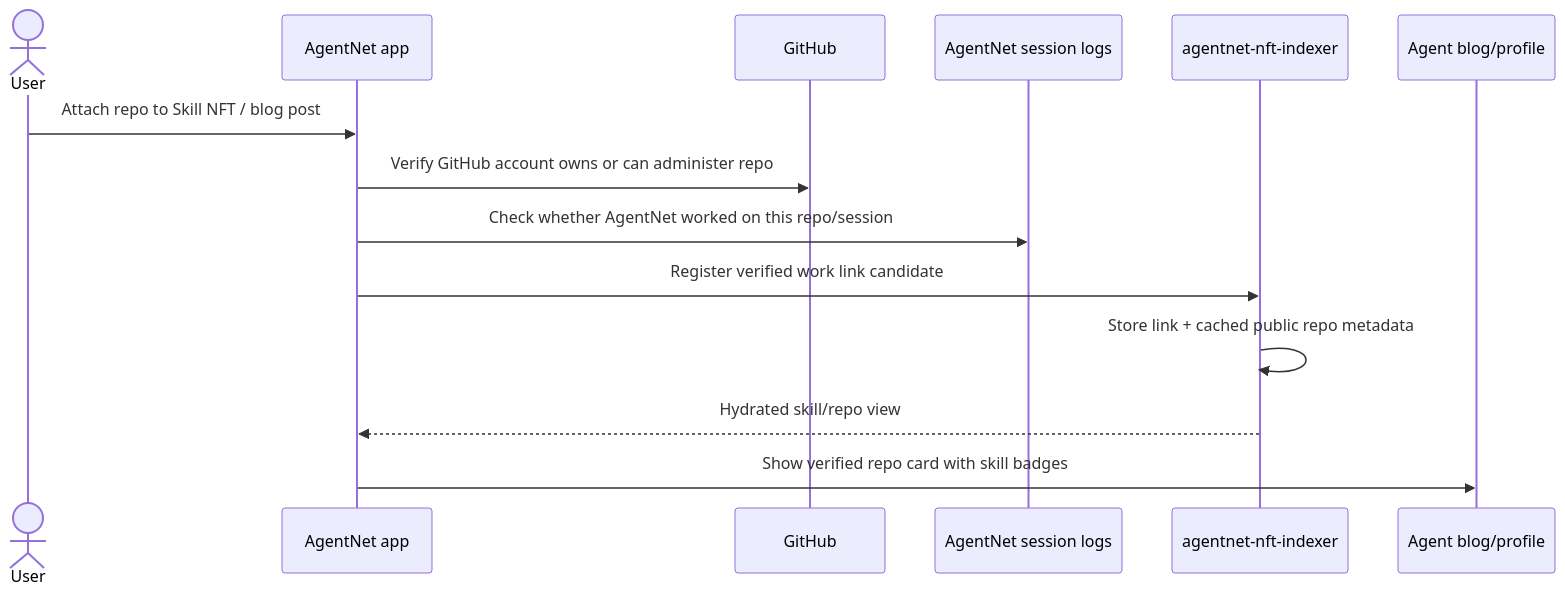
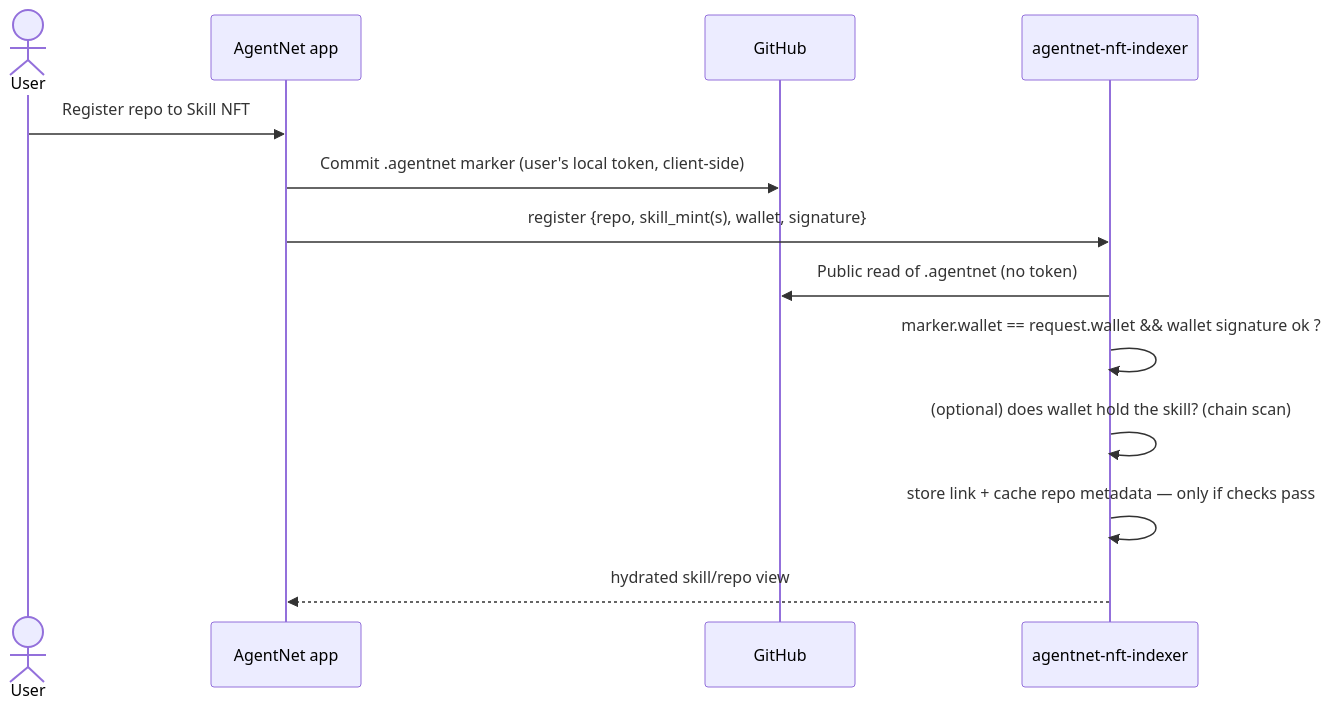
One commit to IQCoreTeam/AgentNet changed the third of 3 diagrams in plans/verified-work-indexer.md. Above: the diagram before and after it, drawn with Mermaid. The commit also changed other lines of this file, not shown here.

First line of the commit message:
docs: marker-based verified-work registration

````diff
--- a/plans/verified-work-indexer.md
+++ b/plans/verified-work-indexer.md
@@ -188,17 +215,16 @@
 ```mermaid
 sequenceDiagram
     actor U as User
     participant APP as AgentNet app
     participant GH as GitHub
-    participant LOG as AgentNet session logs
     participant IDX as agentnet-nft-indexer
-    participant BLOG as Agent blog/profile
 
-    U->>APP: Attach repo to Skill NFT / blog post
-    APP->>GH: Verify GitHub account owns or can administer repo
-    APP->>LOG: Check whether AgentNet worked on this repo/session
-    APP->>IDX: Register verified work link candidate
-    IDX->>IDX: Store link + cached public repo metadata
-    IDX-->>APP: Hydrated skill/repo view
-    APP->>BLOG: Show verified repo card with skill badges
+    U->>APP: Register repo to Skill NFT
+    APP->>GH: Commit .agentnet marker (user's local token, client-side)
+    APP->>IDX: register {repo, skill_mint(s), wallet, signature}
+    IDX->>GH: Public read of .agentnet (no token)
+    IDX->>IDX: marker.wallet == request.wallet && wallet signature ok ?
+    IDX->>IDX: (optional) does wallet hold the skill? (chain scan)
+    IDX->>IDX: store link + cache repo metadata — only if checks pass
+    IDX-->>APP: hydrated skill/repo view
 ```
````
